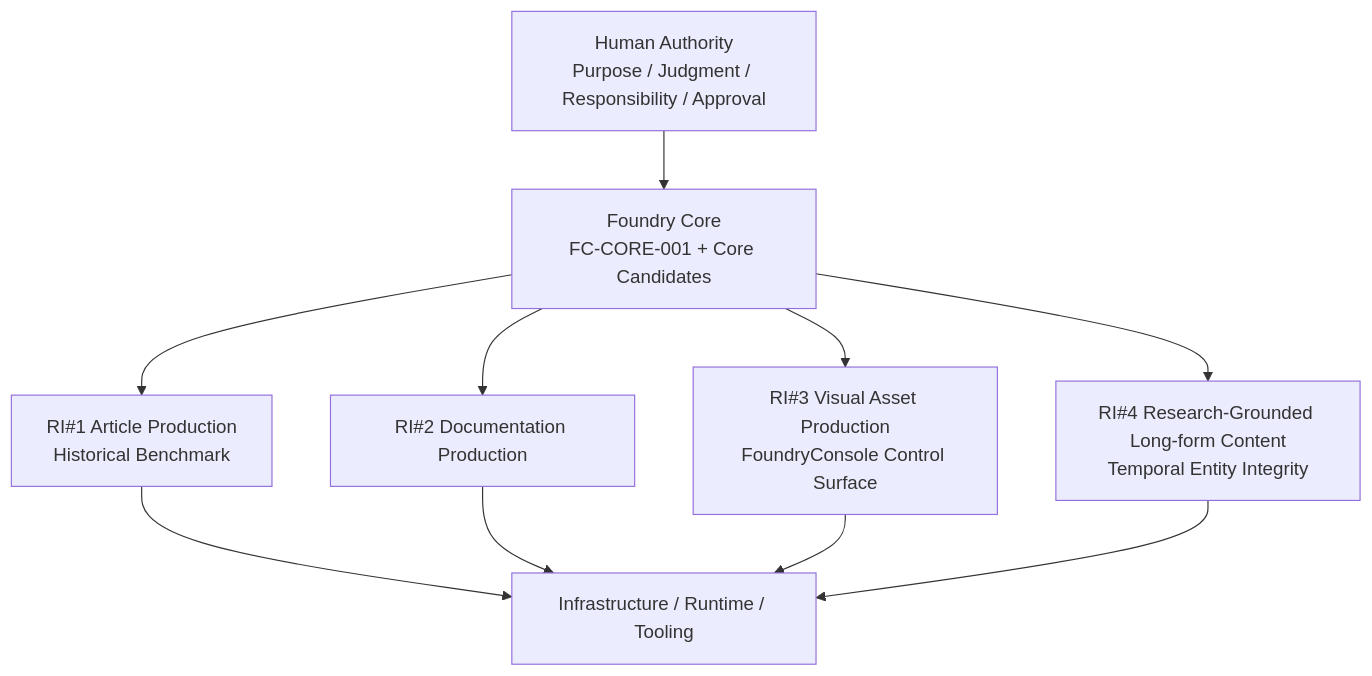
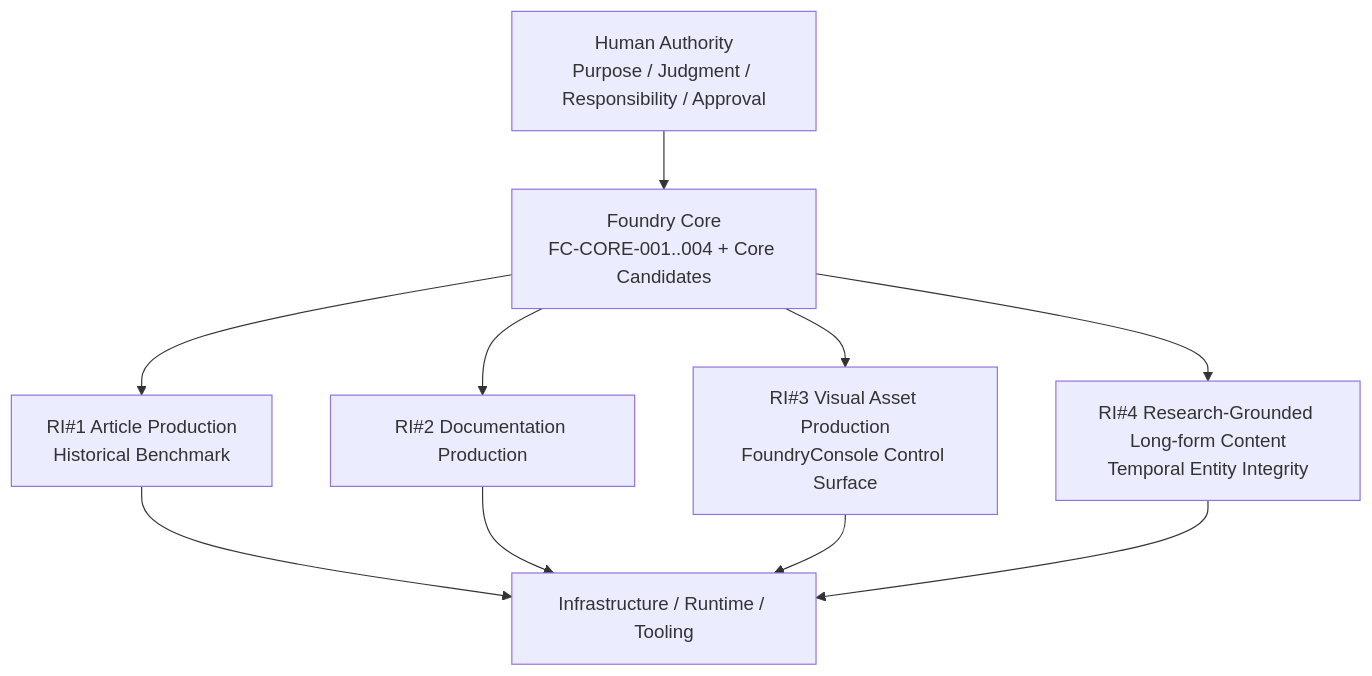
One commit to fctaityo/fctaityo.github.io changed the first of 12 diagrams in docs/public/architecture-public.md. Above: the diagram before and after it, drawn with Mermaid. The commit also changed other lines of this file and 6 other files, not shown here.

Commit message:
docs: publish phase3c foundry core adoption

````diff
--- a/docs/public/architecture-public.md
+++ b/docs/public/architecture-public.md
@@ -28,12 +28,12 @@
 ```mermaid
 flowchart TD
-  H["Human Authority<br/>Purpose / Judgment / Responsibility / Approval"] --> F["Foundry Core<br/>FC-CORE-001 + Core Candidates"]
+  H["Human Authority<br/>Purpose / Judgment / Responsibility / Approval"] --> F["Foundry Core<br/>FC-CORE-001..004 + Core Candidates"]
   F --> R1["RI#1 Article Production<br/>Historical Benchmark"]
   F --> R2["RI#2 Documentation Production"]
   F --> R3["RI#3 Visual Asset Production<br/>FoundryConsole Control Surface"]
   F --> R4["RI#4 Research-Grounded Long-form Content<br/>Temporal Entity Integrity"]
   R1 --> I["Infrastructure / Runtime / Tooling"]
   R2 --> I
   R3 --> I
   R4 --> I
 ```
````
